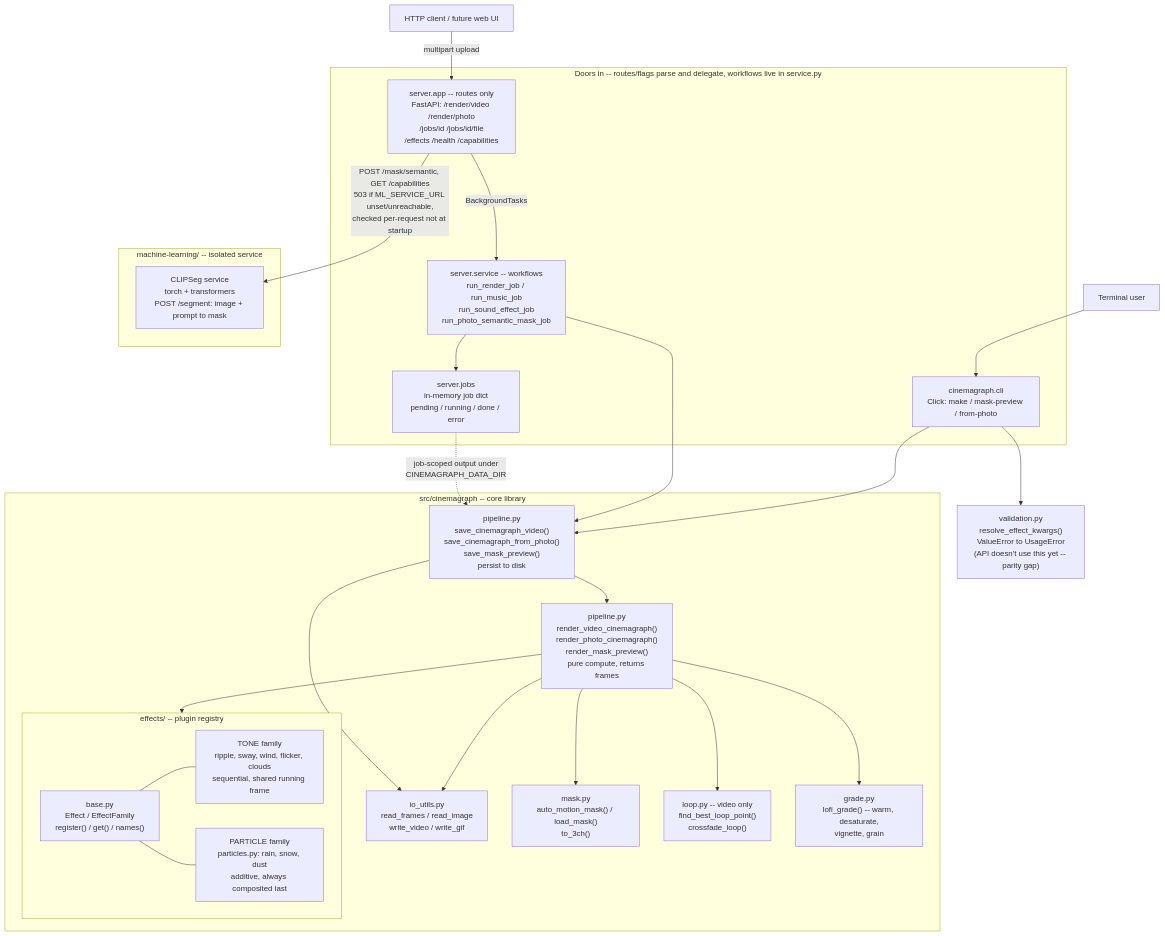
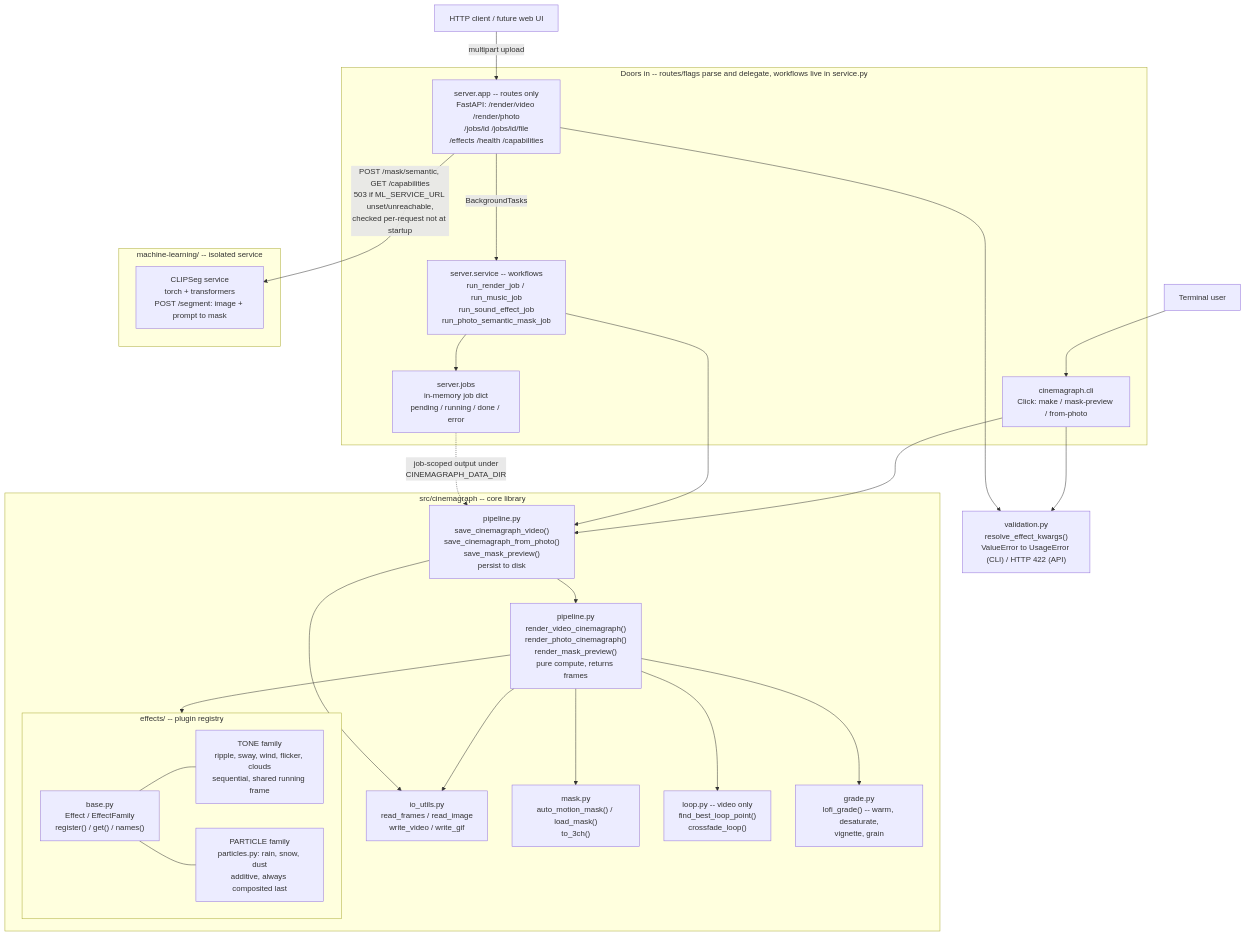
The first of 2 diagrams in README.md (glb99/cinemagraph), drawn with Mermaid before and after one commit. The commit also changed other lines of this file and 6 other files, not shown here.

````diff
--- a/README.md
+++ b/README.md
@@ -243,56 +243,57 @@
 ```mermaid
 flowchart TB
     TermUser["Terminal user"]
     HttpUser["HTTP client / future web UI"]
 
     TermUser --> CLI
     HttpUser -->|"multipart upload"| API
 
     subgraph EntryPoints["Doors in -- routes/flags parse and delegate, workflows live in service.py"]
         CLI["cinemagraph.cli<br/>Click: make / mask-preview / from-photo"]
         API["server.app -- routes only<br/>FastAPI: /render/video /render/photo<br/>/jobs/id /jobs/id/file<br/>/effects /health /capabilities"]
         Service["server.service -- workflows<br/>run_render_job / run_music_job<br/>run_sound_effect_job<br/>run_photo_semantic_mask_job"]
         Jobs["server.jobs<br/>in-memory job dict<br/>pending / running / done / error"]
         API -->|"BackgroundTasks"| Service
         Service --> Jobs
     end
 
     CLI --> Validation
-    Validation["validation.py<br/>resolve_effect_kwargs()<br/>ValueError to UsageError<br/>(API doesn't use this yet -- parity gap)"]
+    API --> Validation
+    Validation["validation.py<br/>resolve_effect_kwargs()<br/>ValueError to UsageError (CLI) / HTTP 422 (API)"]
 
     CLI --> Save
     Service --> Save
     Jobs -.->|"job-scoped output under<br/>CINEMAGRAPH_DATA_DIR"| Save
 
     subgraph CoreLib["src/cinemagraph -- core library"]
         Save["pipeline.py<br/>save_cinemagraph_video()<br/>save_cinemagraph_from_photo()<br/>save_mask_preview()<br/>persist to disk"]
         Render["pipeline.py<br/>render_video_cinemagraph()<br/>render_photo_cinemagraph()<br/>render_mask_preview()<br/>pure compute, returns frames"]
         Save --> Render
 
         IO["io_utils.py<br/>read_frames / read_image<br/>write_video / write_gif"]
         Mask["mask.py<br/>auto_motion_mask() / load_mask()<br/>to_3ch()"]
         Loop["loop.py -- video only<br/>find_best_loop_point()<br/>crossfade_loop()"]
         Grade["grade.py<br/>lofi_grade() -- warm, desaturate,<br/>vignette, grain"]
 
         subgraph Effects["effects/ -- plugin registry"]
             Base["base.py<br/>Effect / EffectFamily<br/>register() / get() / names()"]
             Tone["TONE family<br/>ripple, sway, wind, flicker, clouds<br/>sequential, shared running frame"]
             Particle["PARTICLE family<br/>particles.py: rain, snow, dust<br/>additive, always composited last"]
             Base --- Tone
             Base --- Particle
         end
 
         Render --> IO
         Render --> Mask
         Render --> Loop
         Render --> Grade
         Render --> Effects
         Save --> IO
     end
 
     API -->|"POST /mask/semantic, GET /capabilities<br/>503 if ML_SERVICE_URL unset/unreachable,<br/>checked per-request not at startup"| MLService
 
     subgraph MachineLearning["machine-learning/ -- isolated service"]
         MLService["CLIPSeg service<br/>torch + transformers<br/>POST /segment: image + prompt to mask"]
     end
 ```
````
